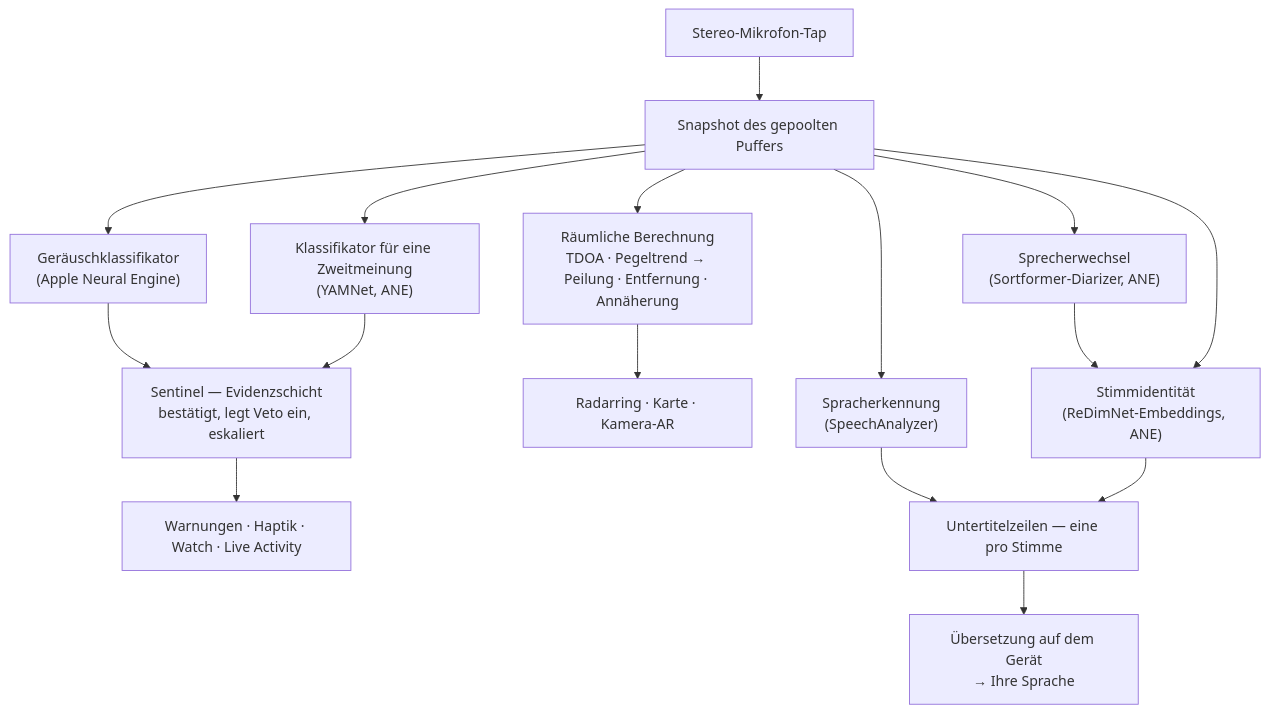
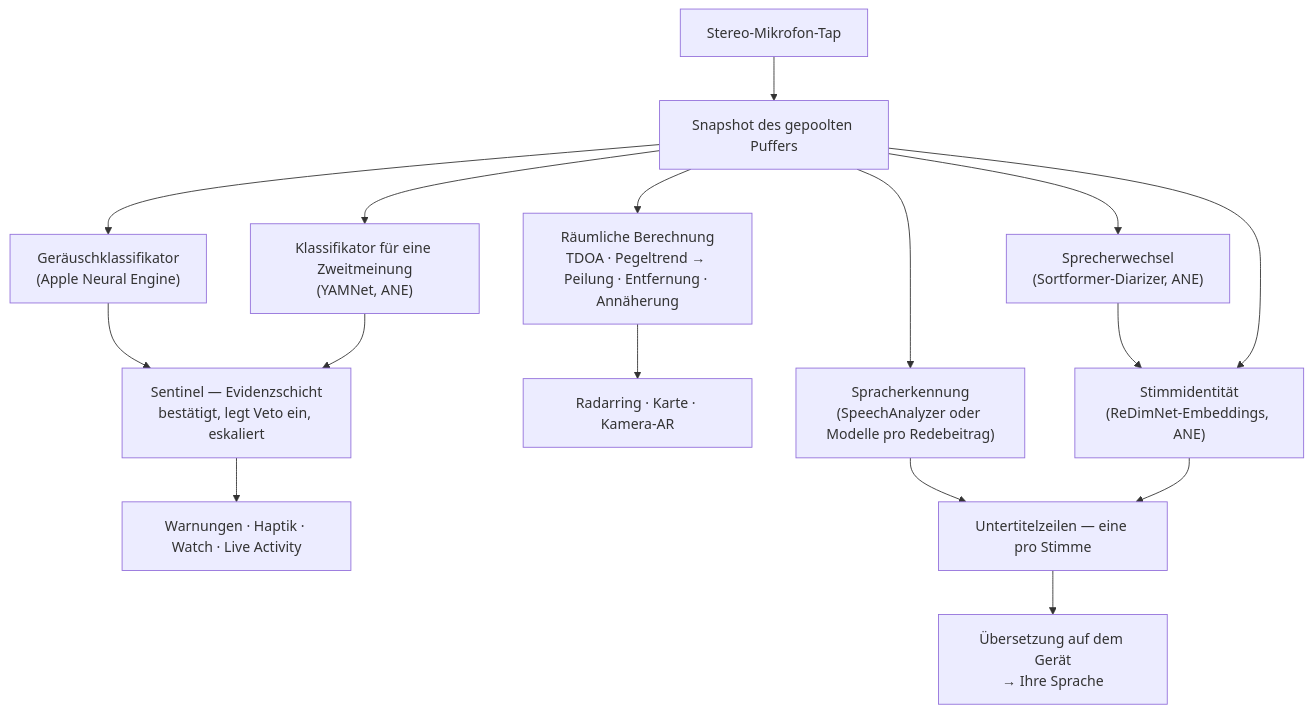
The second of 4 diagrams in README_de.md (rpalm01-star/VigilantEarLegal), drawn with Mermaid before and after one commit. The commit also changed other lines of this file and 14 other files, not shown here.

````diff
--- a/README_de.md
+++ b/README_de.md
@@ -134,18 +145,18 @@
 ```mermaid
 graph TD
     A["Stereo-Mikrofon-Tap"] --> B["Snapshot des gepoolten Puffers"]
     B --> C["Geräuschklassifikator<br/>(Apple Neural Engine)"]
     B --> Y["Klassifikator für eine Zweitmeinung<br/>(YAMNet, ANE)"]
     C --> S["Sentinel — Evidenzschicht<br/>bestätigt, legt Veto ein, eskaliert"]
     Y --> S
     S --> H["Warnungen · Haptik · Watch · Live Activity"]
     B --> D["Räumliche Berechnung<br/>TDOA · Pegeltrend → Peilung · Entfernung · Annäherung"]
     D --> R["Radarring · Karte · Kamera-AR"]
-    B --> F["Spracherkennung<br/>(SpeechAnalyzer)"]
+    B --> F["Spracherkennung<br/>(SpeechAnalyzer oder Modelle pro Redebeitrag)"]
     B --> N["Sprecherwechsel<br/>(Sortformer-Diarizer, ANE)"]
     N --> E["Stimmidentität<br/>(ReDimNet-Embeddings, ANE)"]
     B --> E
     F --> G["Untertitelzeilen — eine pro Stimme"]
     E --> G
     G --> T["Übersetzung auf dem Gerät<br/>→ Ihre Sprache"]
 ```
````
